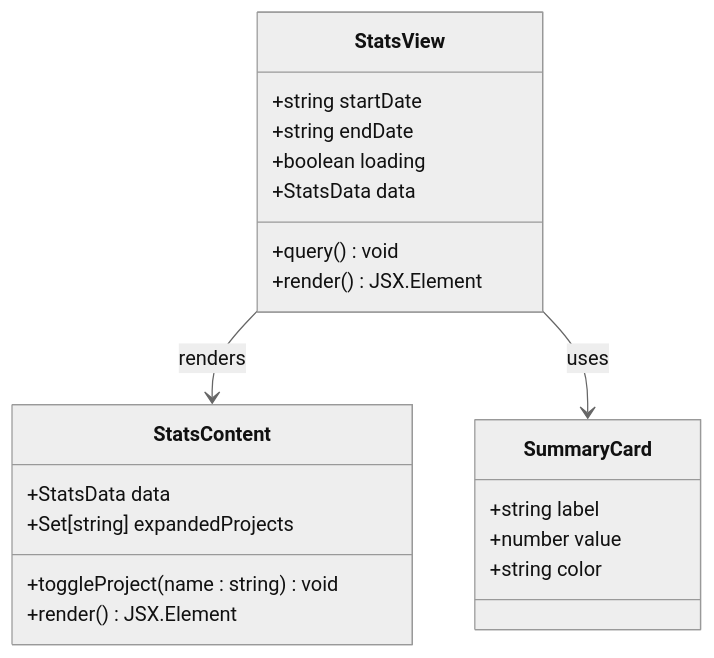
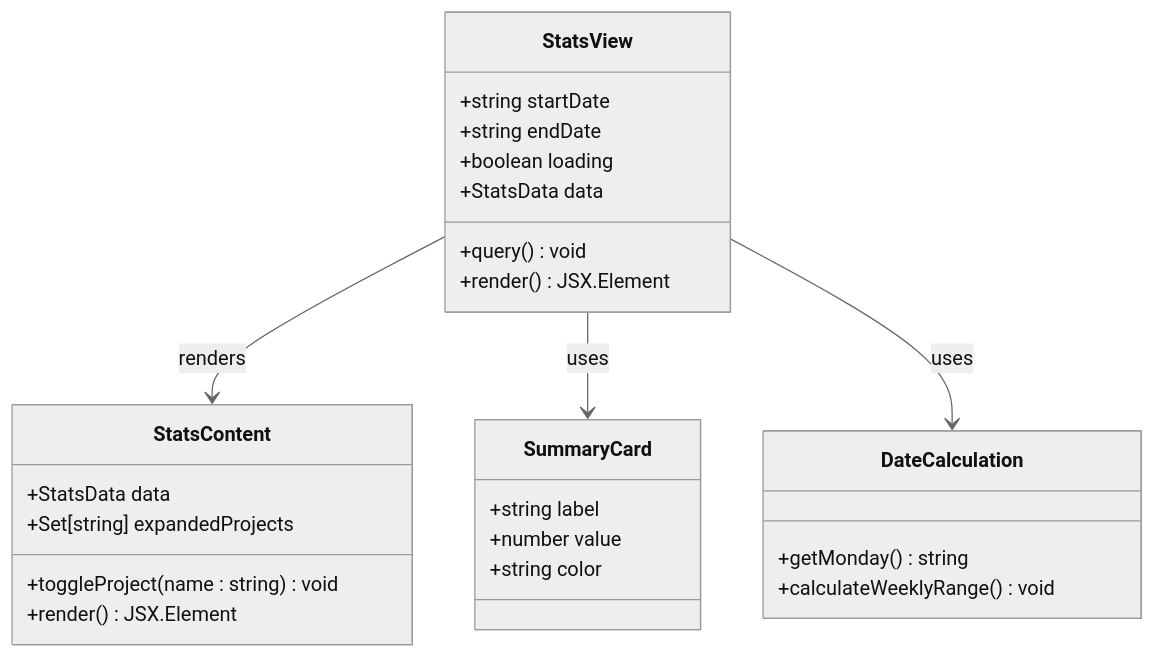
Before and after one commit to jrj444/git-daily: the third of 8 diagrams in .qoder/repowiki/en/content/Frontend Components/Commit Statistics Dashboard.md, drawn with Mermaid (neutral theme). The commit also changed other lines of this file and 6 other files, not shown here.

````diff
--- a/.qoder/repowiki/en/content/Frontend Components/Commit Statistics Dashboard.md
+++ b/.qoder/repowiki/en/content/Frontend Components/Commit Statistics Dashboard.md
@@ -200,24 +201,29 @@
 ```mermaid
 classDiagram
 class StatsView {
 +string startDate
 +string endDate
 +boolean loading
 +StatsData data
 +query() void
 +render() JSX.Element
 }
 class StatsContent {
 +StatsData data
 +Set[string] expandedProjects
 +toggleProject(name : string) void
 +render() JSX.Element
 }
 class SummaryCard {
 +string label
 +number value
 +string color
 }
+class DateCalculation {
++getMonday() string
++calculateWeeklyRange() void
+}
 StatsView --> StatsContent : renders
 StatsView --> SummaryCard : uses
+StatsView --> DateCalculation : uses
 ```
````
